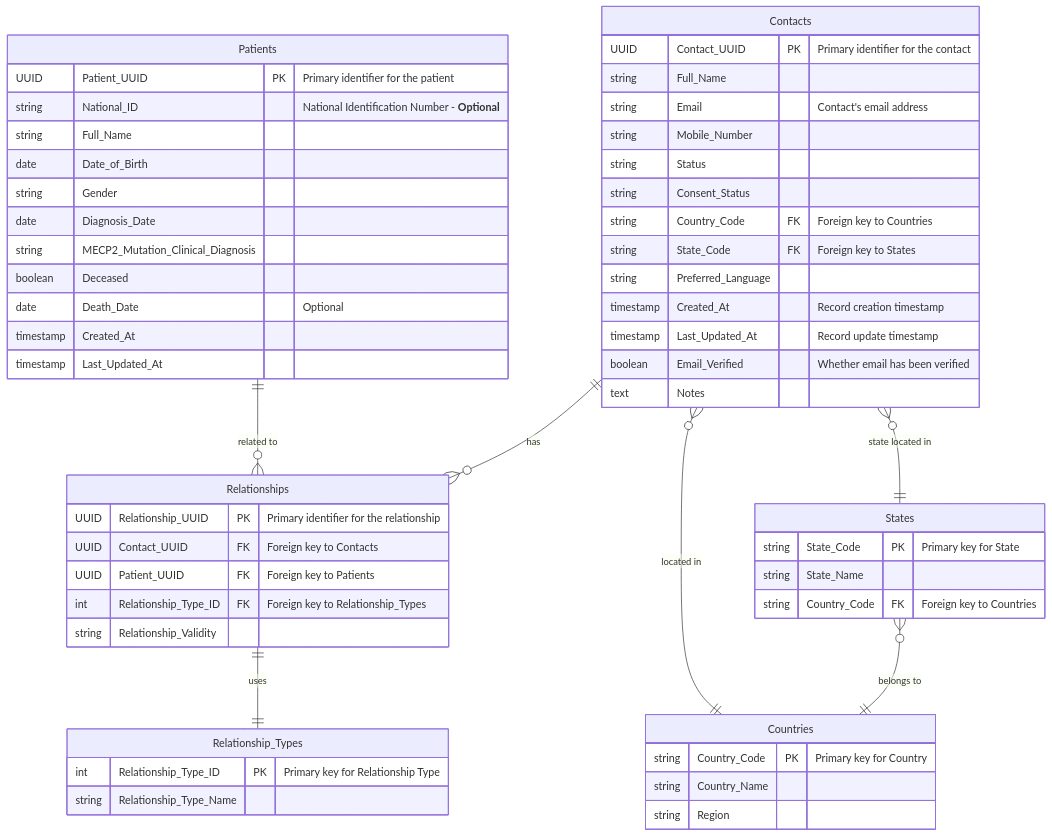
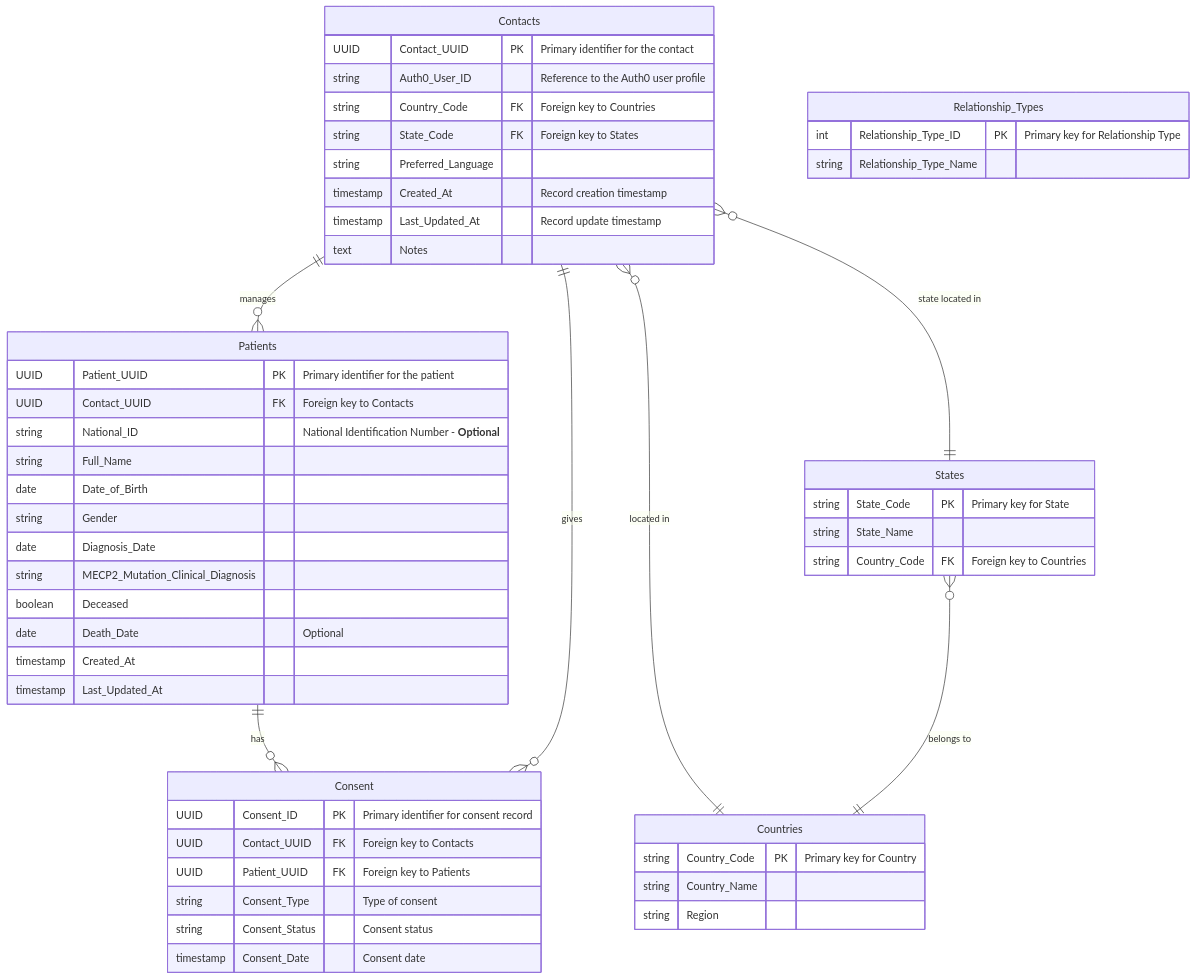
Before and after one commit to rett-europe/patient-registry: the diagram in docs/05-DataModel.md, drawn with Mermaid. The commit also changed other lines of this file and 5 other files, not shown here.

Commit message:
Revised architecture

````diff
--- a/docs/05-DataModel.md
+++ b/docs/05-DataModel.md
@@ -12,64 +28,61 @@
 ```mermaid
 erDiagram
     Contacts {
         UUID Contact_UUID PK "Primary identifier for the contact"
-        string Full_Name
-        string Email "Contact's email address"
-        string Mobile_Number
-        string Status
-        string Consent_Status
+        string Auth0_User_ID "Reference to the Auth0 user profile"
         string Country_Code FK "Foreign key to Countries"
         string State_Code FK "Foreign key to States"
         string Preferred_Language
         timestamp Created_At "Record creation timestamp"
         timestamp Last_Updated_At "Record update timestamp"
-        boolean Email_Verified "Whether email has been verified"
         text Notes
     }
 
     Patients {
         UUID Patient_UUID PK "Primary identifier for the patient"
+        UUID Contact_UUID FK "Foreign key to Contacts"
         string National_ID "National Identification Number - **Optional**"
         string Full_Name
         date Date_of_Birth
         string Gender
         date Diagnosis_Date
         string MECP2_Mutation_Clinical_Diagnosis
         boolean Deceased
         date Death_Date "Optional"
         timestamp Created_At
         timestamp Last_Updated_At
     }
 
-    Relationships {
-        UUID Relationship_UUID PK "Primary identifier for the relationship"
+    Consent {
+        UUID Consent_ID PK "Primary identifier for consent record"
         UUID Contact_UUID FK "Foreign key to Contacts"
         UUID Patient_UUID FK "Foreign key to Patients"
-        int Relationship_Type_ID FK "Foreign key to Relationship_Types"
-        string Relationship_Validity
+        string Consent_Type "Type of consent"
+        string Consent_Status "Consent status"
+        timestamp Consent_Date "Consent date"
     }
 
     Countries {
         string Country_Code PK "Primary key for Country"
         string Country_Name
         string Region
     }
 
     States {
         string State_Code PK "Primary key for State"
         string State_Name
         string Country_Code FK "Foreign key to Countries"
     }
 
     Relationship_Types {
         int Relationship_Type_ID PK "Primary key for Relationship Type"
         string Relationship_Type_Name
     }
 
-    Contacts ||--o{ Relationships : "has"
-    Patients ||--o{ Relationships : "related to"
-    Relationships ||--|| Relationship_Types : "uses"
+    Contacts ||--o{ Patients : "manages"
     Contacts }o--|| Countries : "located in"
     Contacts }o--|| States : "state located in"
+    Patients ||--o{ Consent : "has"
+    Contacts ||--o{ Consent : "gives"
     States }o--|| Countries : "belongs to"
 ```
````
